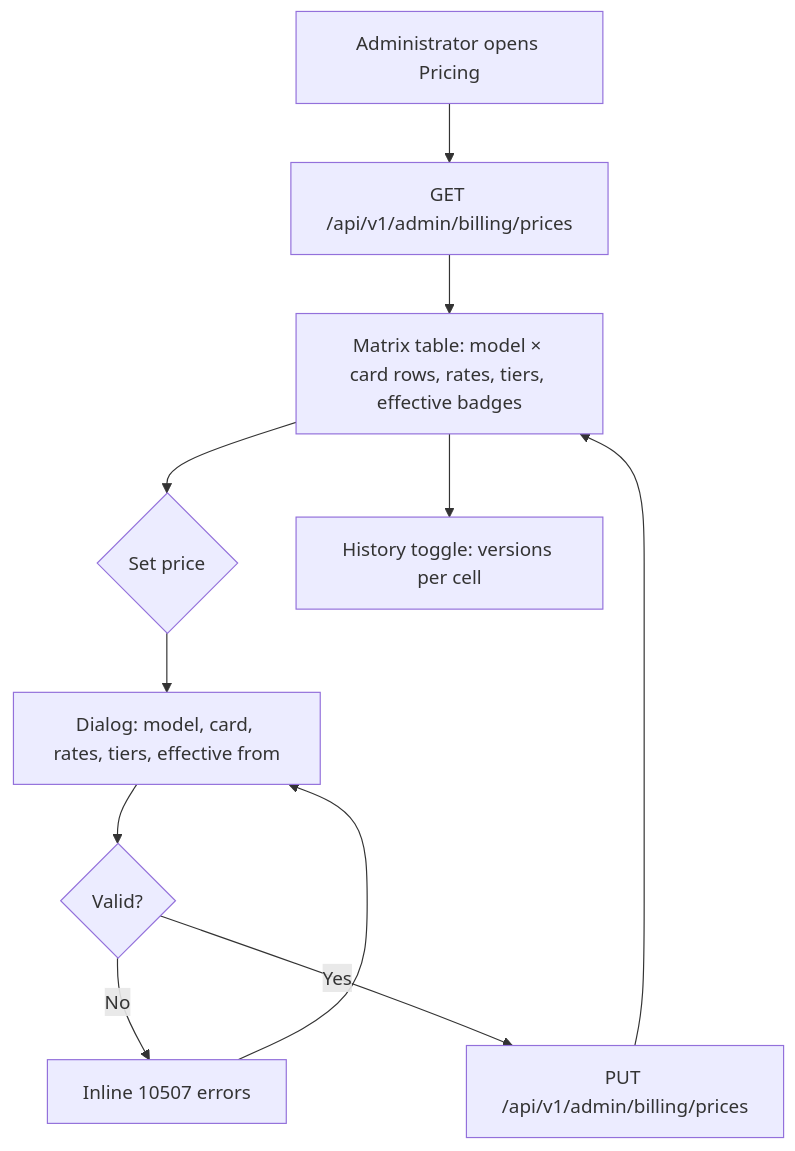
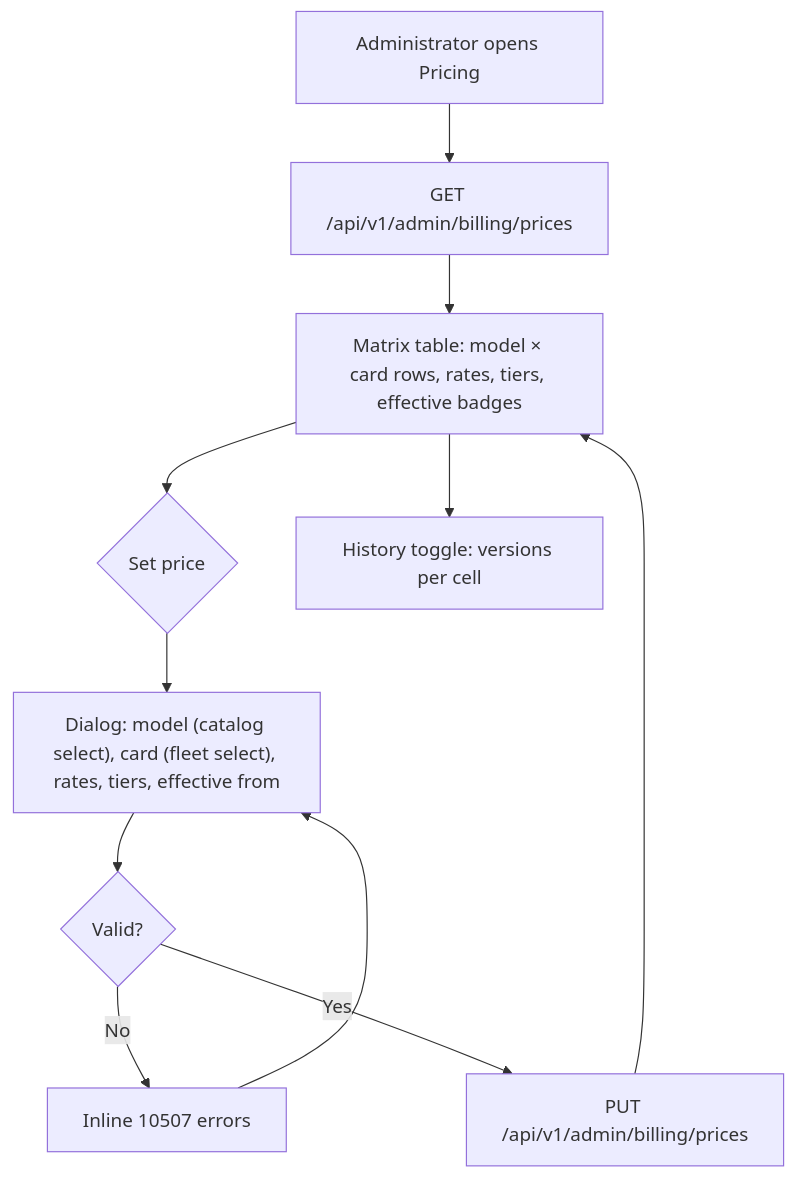
One commit to go-taas/go-taas changed the second of 2 diagrams in site/docs/design/pricing.md. Above: the diagram before and after it, drawn with Mermaid. The commit also changed other lines of this file and 25 other files, not shown here.

````diff
--- a/site/docs/design/pricing.md
+++ b/site/docs/design/pricing.md
@@ -196,13 +196,13 @@
 ```mermaid
 flowchart TD
     A["Administrator opens Pricing"] --> B["GET /api/v1/admin/billing/prices"]
     B --> C["Matrix table: model × card rows, rates, tiers, effective badges"]
     C --> D{"Set price"}
-    D --> E["Dialog: model, card, rates, tiers, effective from"]
+    D --> E["Dialog: model (catalog select), card (fleet select), rates, tiers, effective from"]
     E --> F{"Valid?"}
     F -->|No| G["Inline 10507 errors"]
     G --> E
     F -->|Yes| H["PUT /api/v1/admin/billing/prices"]
     H --> C
     C --> I["History toggle: versions per cell"]
 ```
````
